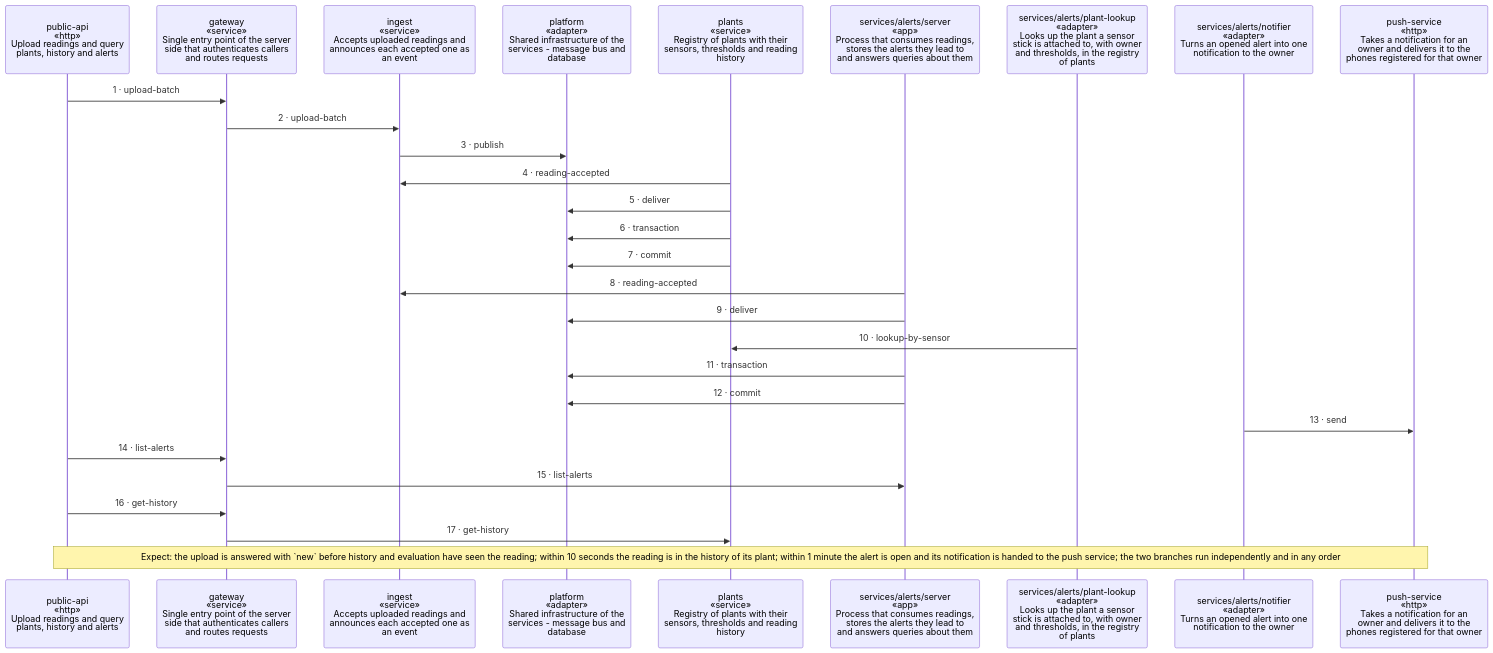
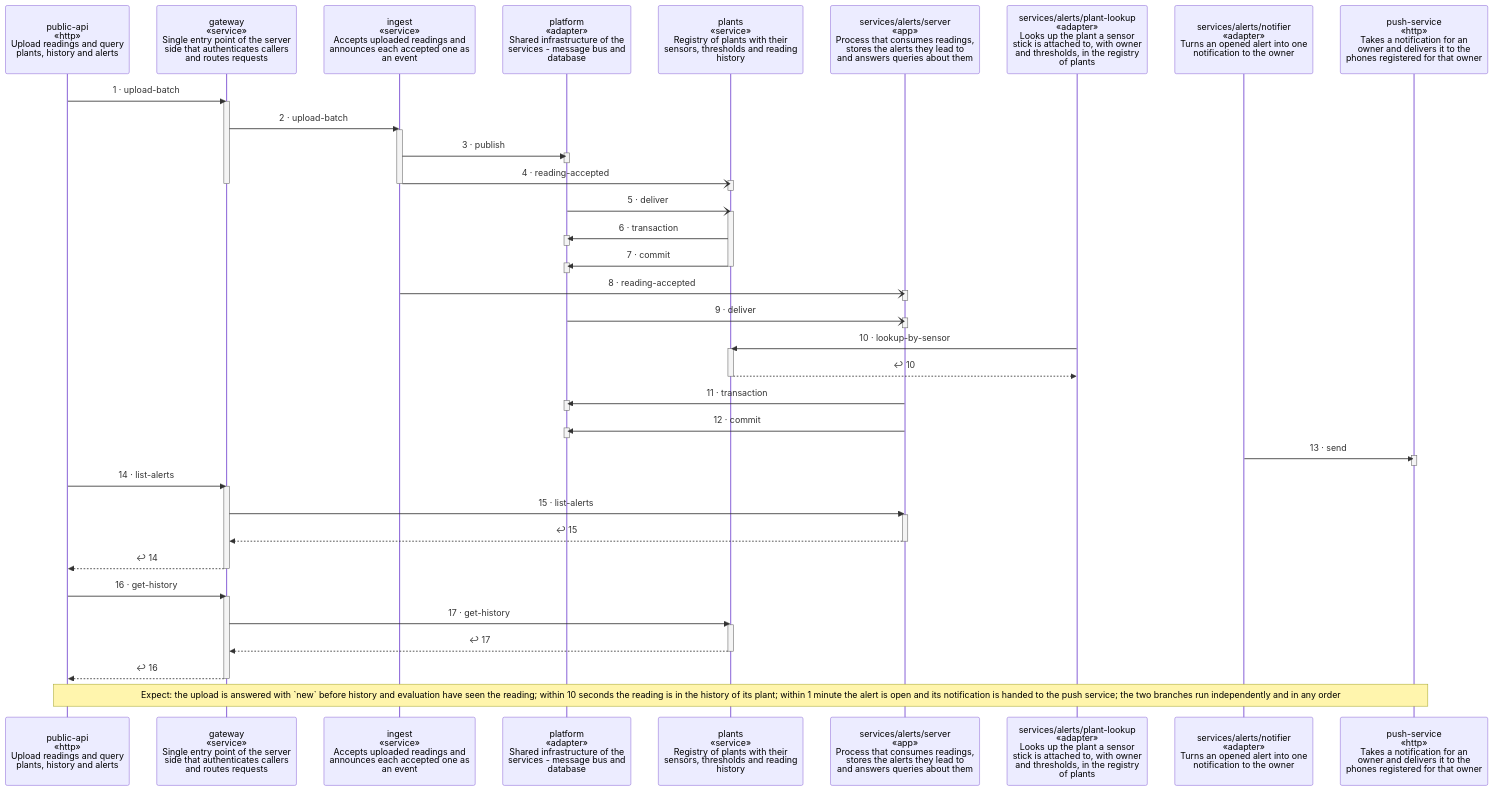
One commit to wackazong/unifold changed the diagram in examples/plantwatch/cloud/docs/diagrams/scenario-upload-leads-to-alert.md. Above: the diagram before and after it, drawn with Mermaid. The commit also changed other lines of this file and 25 other files, not shown here.

````diff
--- a/examples/plantwatch/cloud/docs/diagrams/scenario-upload-leads-to-alert.md
+++ b/examples/plantwatch/cloud/docs/diagrams/scenario-upload-leads-to-alert.md
@@ -12,35 +12,74 @@
 ```mermaid
 ---
 config:
   sequence:
     height: 124
 ---
 sequenceDiagram
   participant ppublic_dapi as public-api<br/>«http»<br/>Upload readings and query<br/>plants, history and alerts
   participant pgateway as gateway<br/>«service»<br/>Single entry point of the server<br/>side that authenticates callers<br/>and routes requests
   participant pingest as ingest<br/>«service»<br/>Accepts uploaded readings and<br/>announces each accepted one as<br/>an event
   participant pplatform as platform<br/>«adapter»<br/>Shared infrastructure of the<br/>services - message bus and<br/>database
   participant pplants as plants<br/>«service»<br/>Registry of plants with their<br/>sensors, thresholds and reading<br/>history
   participant pservices__alerts__server as services/alerts/server<br/>«app»<br/>Process that consumes readings,<br/>stores the alerts they lead to<br/>and answers queries about them
   participant pservices__alerts__plant_dlookup as services/alerts/plant-lookup<br/>«adapter»<br/>Looks up the plant a sensor<br/>stick is attached to, with owner<br/>and thresholds, in the registry<br/>of plants
   participant pservices__alerts__notifier as services/alerts/notifier<br/>«adapter»<br/>Turns an opened alert into one<br/>notification to the owner
   participant ppush_dservice as push-service<br/>«http»<br/>Takes a notification for an<br/>owner and delivers it to the<br/>phones registered for that owner
   ppublic_dapi->>pgateway: 1 · upload-batch
+  activate pgateway
   pgateway->>pingest: 2 · upload-batch
+  activate pingest
   pingest->>pplatform: 3 · publish
-  pplants->>pingest: 4 · reading-accepted
-  pplants->>pplatform: 5 · deliver
+  activate pplatform
+  deactivate pplatform
+  pingest-)pplants: 4 · reading-accepted
+  activate pplants
+  deactivate pplants
+  deactivate pingest
+  deactivate pgateway
+  pplatform-)pplants: 5 · deliver
+  activate pplants
   pplants->>pplatform: 6 · transaction
+  activate pplatform
+  deactivate pplatform
   pplants->>pplatform: 7 · commit
-  pservices__alerts__server->>pingest: 8 · reading-accepted
-  pservices__alerts__server->>pplatform: 9 · deliver
+  activate pplatform
+  deactivate pplatform
+  deactivate pplants
+  pingest-)pservices__alerts__server: 8 · reading-accepted
+  activate pservices__alerts__server
+  deactivate pservices__alerts__server
+  pplatform-)pservices__alerts__server: 9 · deliver
+  activate pservices__alerts__server
+  deactivate pservices__alerts__server
   pservices__alerts__plant_dlookup->>pplants: 10 · lookup-by-sensor
+  activate pplants
+  pplants-->>pservices__alerts__plant_dlookup: ↩ 10
+  deactivate pplants
   pservices__alerts__server->>pplatform: 11 · transaction
+  activate pplatform
+  deactivate pplatform
   pservices__alerts__server->>pplatform: 12 · commit
+  activate pplatform
+  deactivate pplatform
   pservices__alerts__notifier->>ppush_dservice: 13 · send
+  activate ppush_dservice
+  deactivate ppush_dservice
   ppublic_dapi->>pgateway: 14 · list-alerts
+  activate pgateway
   pgateway->>pservices__alerts__server: 15 · list-alerts
+  activate pservices__alerts__server
+  pservices__alerts__server-->>pgateway: ↩ 15
+  deactivate pservices__alerts__server
+  pgateway-->>ppublic_dapi: ↩ 14
+  deactivate pgateway
   ppublic_dapi->>pgateway: 16 · get-history
+  activate pgateway
   pgateway->>pplants: 17 · get-history
+  activate pplants
+  pplants-->>pgateway: ↩ 17
+  deactivate pplants
+  pgateway-->>ppublic_dapi: ↩ 16
+  deactivate pgateway
   Note over ppublic_dapi,ppush_dservice: wrap: Expect: the upload is answered with `new` before history and evaluation have seen the reading#59; within 10 seconds the reading is in the history of its plant#59; within 1 minute the alert is open and its notification is handed to the push service#59; the two branches run independently and in any order
 ```
````
